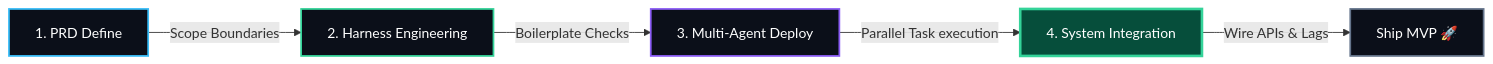
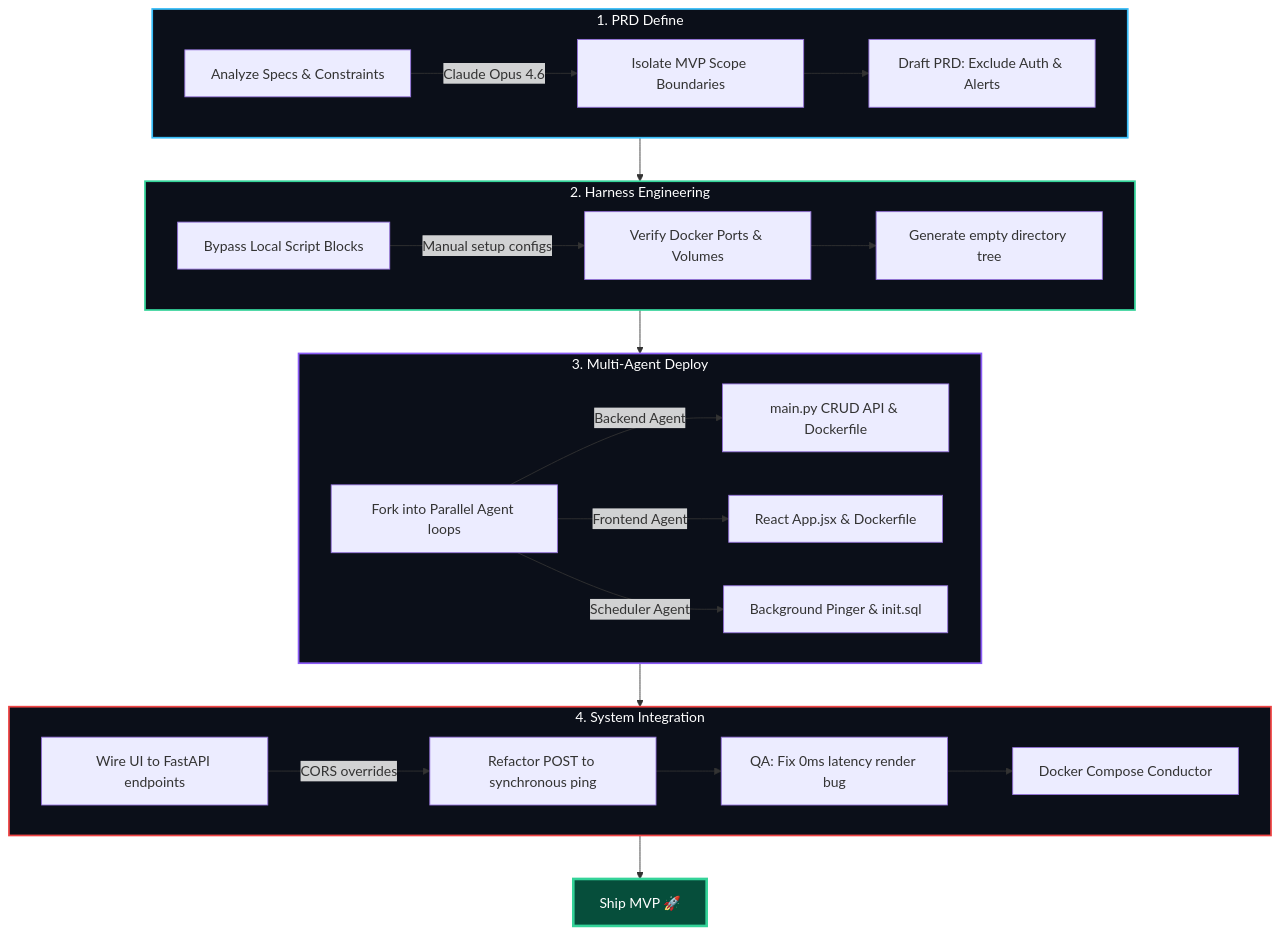
The third of 4 diagrams in README.md (Nishchalpr4/UpTime-Moniter), drawn with Mermaid before and after one commit.

Commit message:
docs: upgrade Agentic Lifecycle to detailed sub-graphed task flowchart in README

````diff
--- a/README.md
+++ b/README.md
@@ -108,13 +108,32 @@
 ```mermaid
-graph LR
-    PRD[1. PRD Define] -->|Scope Boundaries| Harness[2. Harness Engineering]
-    Harness -->|Boilerplate Checks| Deploy[3. Multi-Agent Deploy]
-    Deploy -->|Parallel Task execution| Integrate[4. System Integration]
-    Integrate -->|Wire APIs & Lags| Ship[Ship MVP 🚀]
+graph TD
+    subgraph Phase1 [1. PRD Define]
+        A[Analyze Specs & Constraints] -->|Claude Opus 4.6| B[Isolate MVP Scope Boundaries]
+        B --> C[Draft PRD: Exclude Auth & Alerts]
+    end
 
-    style PRD fill:#0b0f19,stroke:#38bdf8,stroke-width:2px,color:#fff
-    style Harness fill:#0b0f19,stroke:#34d399,stroke-width:2px,color:#fff
-    style Deploy fill:#0b0f19,stroke:#8b5cf6,stroke-width:2px,color:#fff
-    style Integrate fill:#064e3b,stroke:#34d399,stroke-width:3px,color:#fff
-    style Ship fill:#0b0f19,stroke:#64748b,stroke-width:2px,color:#fff
+    subgraph Phase2 [2. Harness Engineering]
+        D[Bypass Local Script Blocks] -->|Manual setup configs| E[Verify Docker Ports & Volumes]
+        E --> F[Generate empty directory tree]
+    end
+
+    subgraph Phase3 [3. Multi-Agent Deploy]
+        G[Fork into Parallel Agent loops] -->|Backend Agent| H[main.py CRUD API & Dockerfile]
+        G -->|Frontend Agent| I[React App.jsx & Dockerfile]
+        G -->|Scheduler Agent| J[Background Pinger & init.sql]
+    end
+
+    subgraph Phase4 [4. System Integration]
+        K[Wire UI to FastAPI endpoints] -->|CORS overrides| L[Refactor POST to synchronous ping]
+        L --> M[QA: Fix 0ms latency render bug]
+        M --> N[Docker Compose Conductor]
+    end
+
+    Phase1 --> Phase2 --> Phase3 --> Phase4 --> Ship[Ship MVP 🚀]
+
+    style Phase1 fill:#0b0f19,stroke:#38bdf8,stroke-width:2px,color:#fff
+    style Phase2 fill:#0b0f19,stroke:#34d399,stroke-width:2px,color:#fff
+    style Phase3 fill:#0b0f19,stroke:#8b5cf6,stroke-width:2px,color:#fff
+    style Phase4 fill:#0b0f19,stroke:#ef4444,stroke-width:2px,color:#fff
+    style Ship fill:#064e3b,stroke:#34d399,stroke-width:3px,color:#fff
 ```
````
